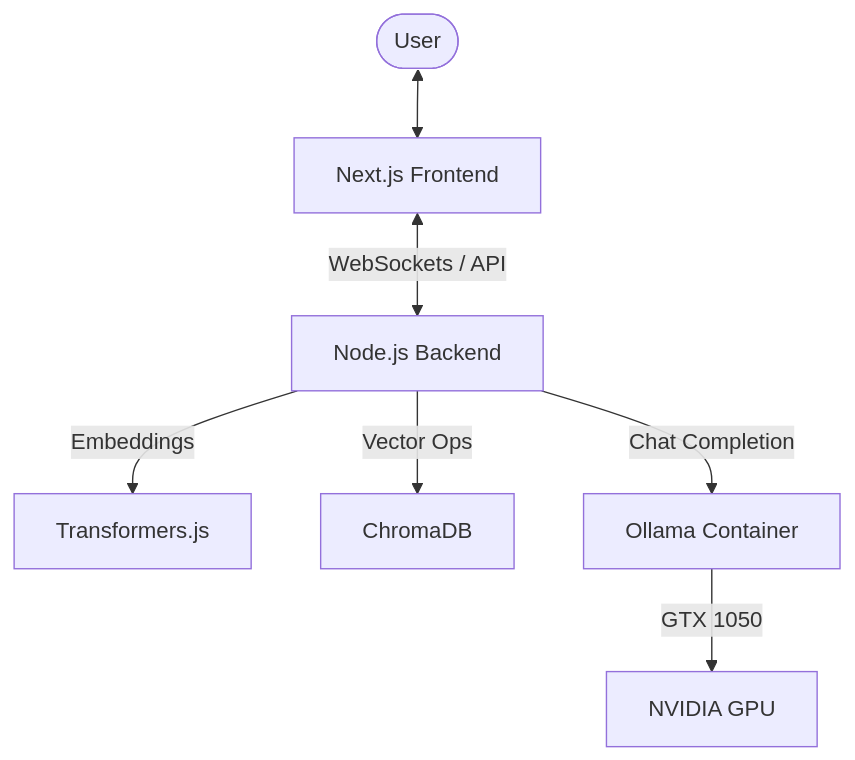
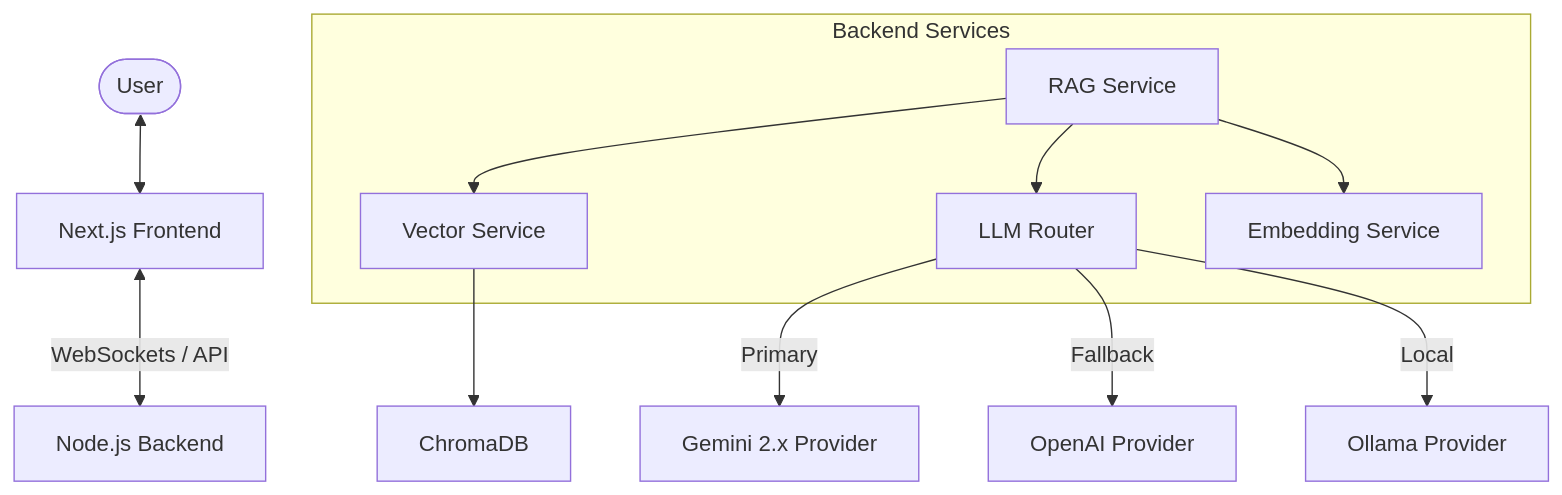
The diagram in README.md (pappukrs/RAG_SYSTEM), drawn with Mermaid before and after one commit. The commit also changed other lines of this file, not shown here.

Commit message:
updated the architectire

````diff
--- a/README.md
+++ b/README.md
@@ -15,9 +18,21 @@
 ```mermaid
 graph TD
     User([User]) <--> Frontend[Next.js Frontend]
     Frontend <--> |WebSockets / API| Backend[Node.js Backend]
-    Backend --> |Embeddings| Transformers[Transformers.js]
-    Backend --> |Vector Ops| ChromaDB[ChromaDB]
-    Backend --> |Chat Completion| Ollama[Ollama Container]
-    Ollama --> |GTX 1050| GPU[NVIDIA GPU]
+    
+    subgraph "Backend Services"
+        RAG[RAG Service]
+        Router[LLM Router]
+        Vector[Vector Service]
+        Embed[Embedding Service]
+    end
+
+    RAG --> Embed
+    RAG --> Vector
+    RAG --> Router
+    
+    Vector --> Chroma[ChromaDB]
+    Router --> |Primary| Gemini[Gemini 2.x Provider]
+    Router --> |Fallback| OpenAI[OpenAI Provider]
+    Router --> |Local| Ollama[Ollama Provider]
 ```
````
